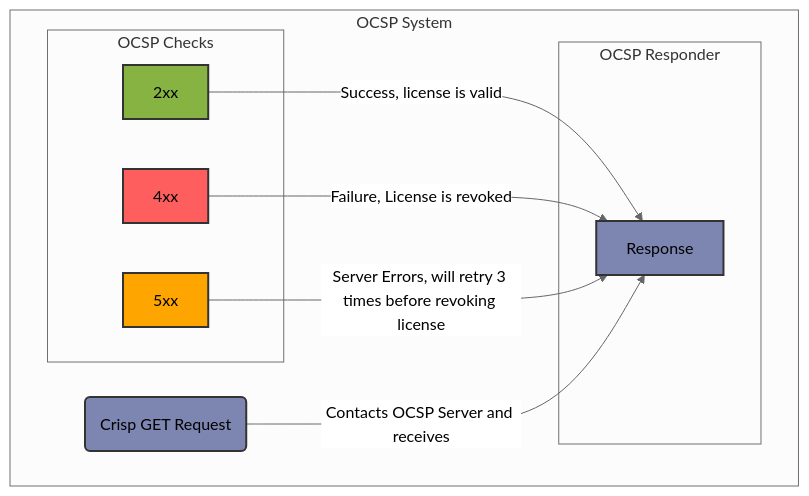
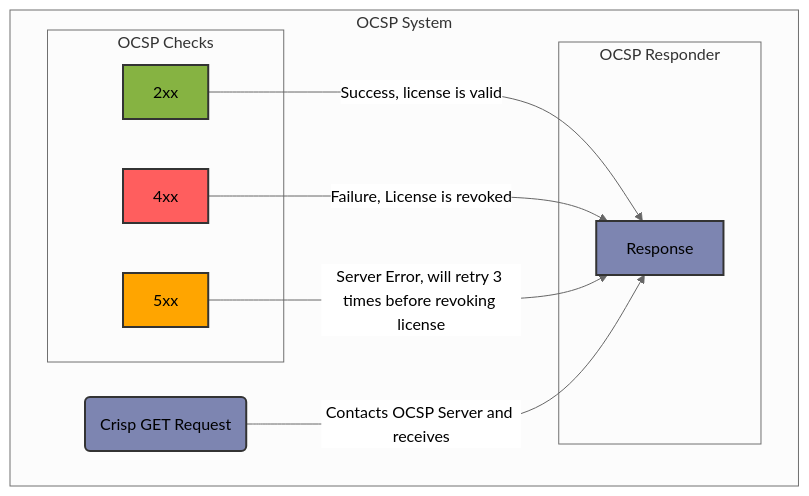
The diagram in docs/components/license/ocsp.md (BL-Netzwerktechnik/crispcms), drawn with Mermaid (neutral theme) before and after one commit. The commit also changed other lines of this file, not shown here.

````diff
--- a/docs/components/license/ocsp.md
+++ b/docs/components/license/ocsp.md
@@ -5,27 +5,27 @@
 ```mermaid
 graph TD
     subgraph OCSP System
       subgraph OCSP Checks
         2xx[2xx]
         4xx[4xx]
         5xx[5xx]
       end
 
       GET(Crisp GET Request)
 
       subgraph OCSP Responder
         2xx -->|Success, license is valid| Response
         4xx -->|Failure, License is revoked| Response
-        5xx -->|Server Errors, will retry 3 times before revoking license| Response
+        5xx -->|Server Error, will retry 3 times before revoking license| Response
       end
     end
 
     GET -->|Contacts OCSP Server and receives| Response
 
 
   style GET fill:#7D85B1,stroke:#333,stroke-width:2px
   style 2xx fill:#86B342,stroke:#333,stroke-width:2px
   style 4xx fill:#FF5E5E,stroke:#333,stroke-width:2px
   style 5xx fill:#FFA500,stroke:#333,stroke-width:2px
   style Response fill:#7D85B1,stroke:#333,stroke-width:2px
 ```
````
